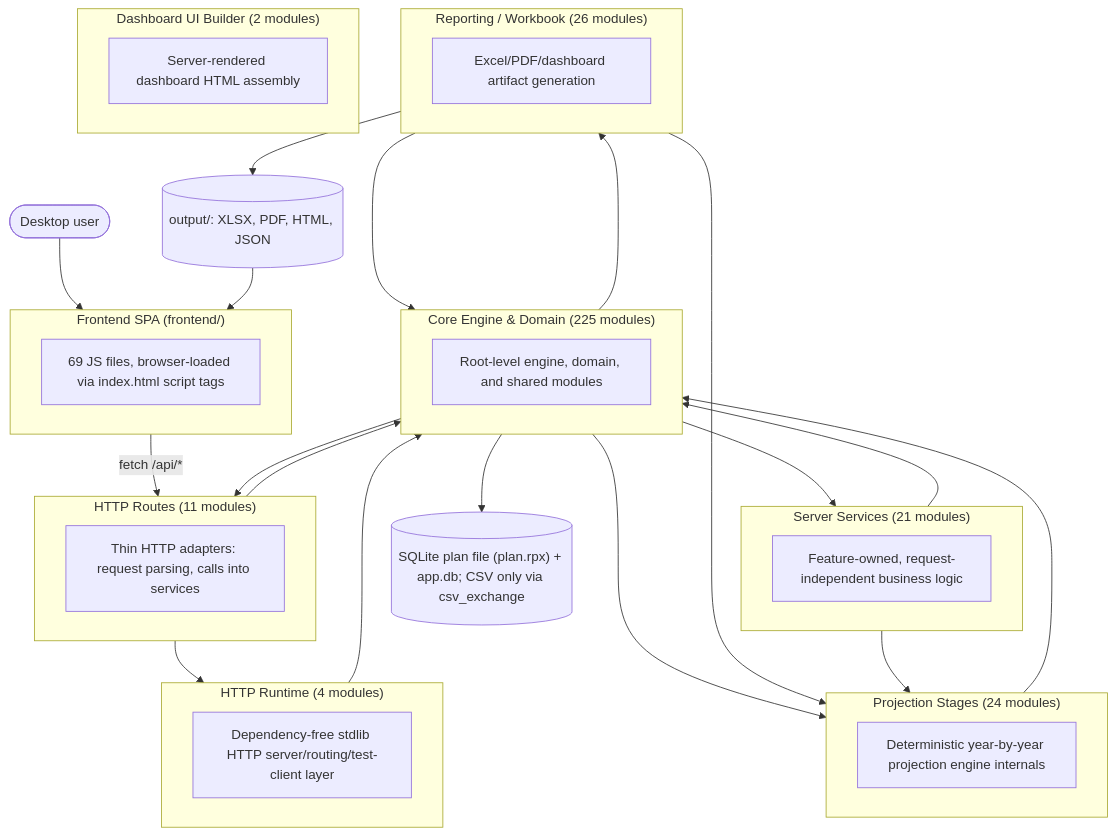
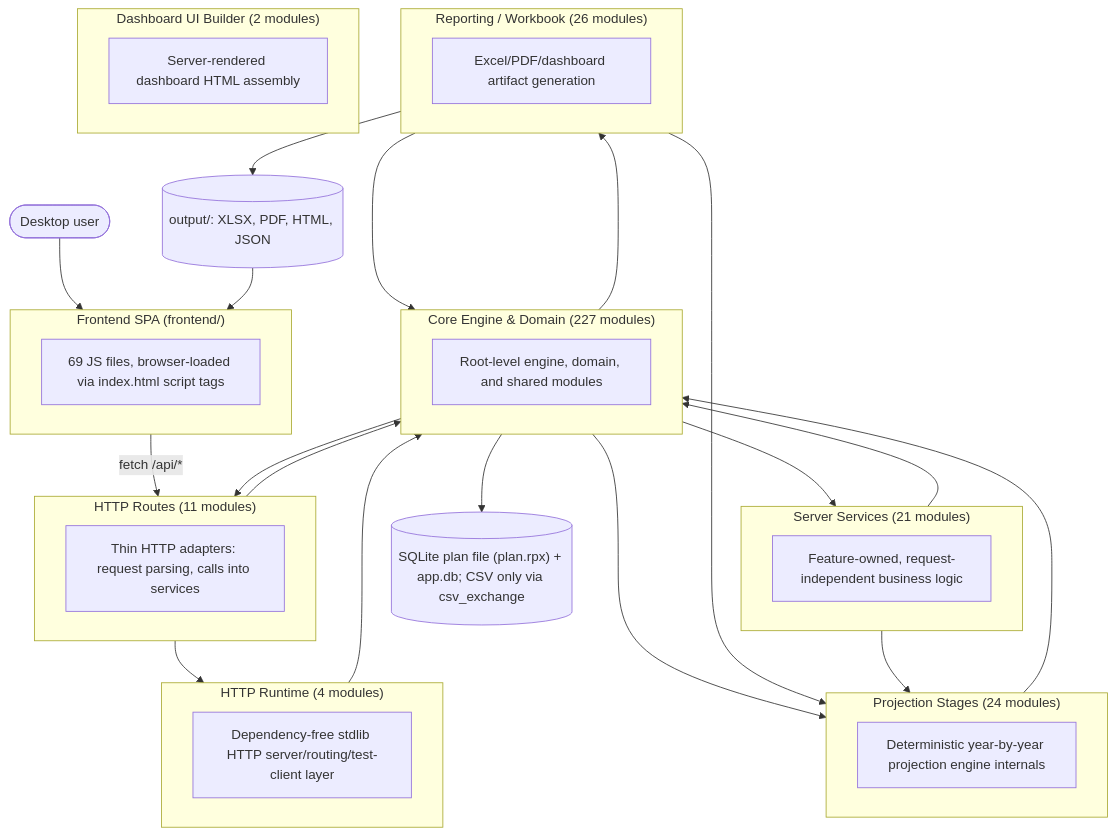
Before and after one commit to matthartzman/retirement_system: the first of 2 diagrams in documentation/reference/SYSTEM_ARCHITECTURE_DIAGRAM.md, drawn with Mermaid. The commit also changed other lines of this file and 9 other files, not shown here.

````diff
--- a/documentation/reference/SYSTEM_ARCHITECTURE_DIAGRAM.md
+++ b/documentation/reference/SYSTEM_ARCHITECTURE_DIAGRAM.md
@@ -11,44 +11,44 @@
 ```mermaid
 flowchart TB
     User(["Desktop user"]) --> FE
     subgraph FE["Frontend SPA (frontend/)"]
         FEcount["69 JS files, browser-loaded via index.html script tags"]
     end
     FE -->|fetch /api/*| L_HTTP_Routes
     subgraph L_HTTP_Routes["HTTP Routes (11 modules)"]
         L_HTTP_Routes_d["Thin HTTP adapters: request parsing, calls into services"]
     end
     subgraph L_Server_Services["Server Services (21 modules)"]
         L_Server_Services_d["Feature-owned, request-independent business logic"]
     end
     subgraph L_HTTP_Runtime["HTTP Runtime (4 modules)"]
         L_HTTP_Runtime_d["Dependency-free stdlib HTTP server/routing/test-client layer"]
     end
-    subgraph L_Core_Engine___Domain["Core Engine & Domain (225 modules)"]
+    subgraph L_Core_Engine___Domain["Core Engine & Domain (227 modules)"]
         L_Core_Engine___Domain_d["Root-level engine, domain, and shared modules"]
     end
     subgraph L_Projection_Stages["Projection Stages (24 modules)"]
         L_Projection_Stages_d["Deterministic year-by-year projection engine internals"]
     end
     subgraph L_Reporting___Workbook["Reporting / Workbook (26 modules)"]
         L_Reporting___Workbook_d["Excel/PDF/dashboard artifact generation"]
     end
     subgraph L_Dashboard_UI_Builder["Dashboard UI Builder (2 modules)"]
         L_Dashboard_UI_Builder_d["Server-rendered dashboard HTML assembly"]
     end
     L_Core_Engine___Domain --> L_HTTP_Routes
     L_Core_Engine___Domain --> L_Projection_Stages
     L_Core_Engine___Domain --> L_Reporting___Workbook
     L_Core_Engine___Domain --> L_Server_Services
     L_HTTP_Routes --> L_Core_Engine___Domain
     L_HTTP_Routes --> L_HTTP_Runtime
     L_HTTP_Runtime --> L_Core_Engine___Domain
     L_Projection_Stages --> L_Core_Engine___Domain
     L_Reporting___Workbook --> L_Core_Engine___Domain
     L_Reporting___Workbook --> L_Projection_Stages
     L_Server_Services --> L_Core_Engine___Domain
     L_Server_Services --> L_Projection_Stages
     L_Core_Engine___Domain --> DB[("SQLite plan file (plan.rpx) + app.db; CSV only via csv_exchange")]
     L_Reporting___Workbook --> Outputs[("output/: XLSX, PDF, HTML, JSON")]
     Outputs --> FE
 ```
````
